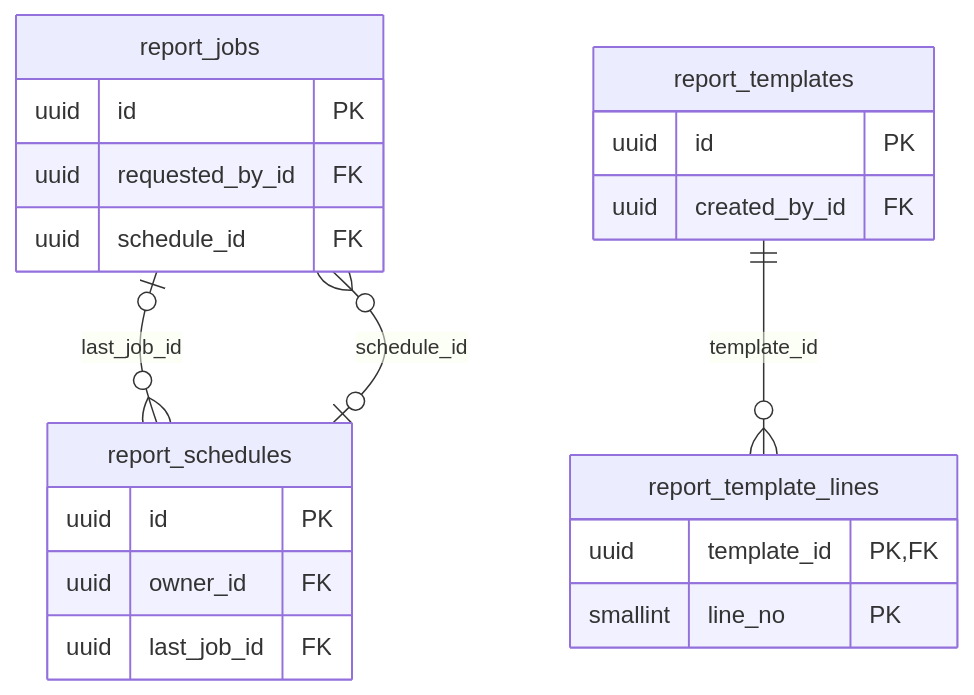
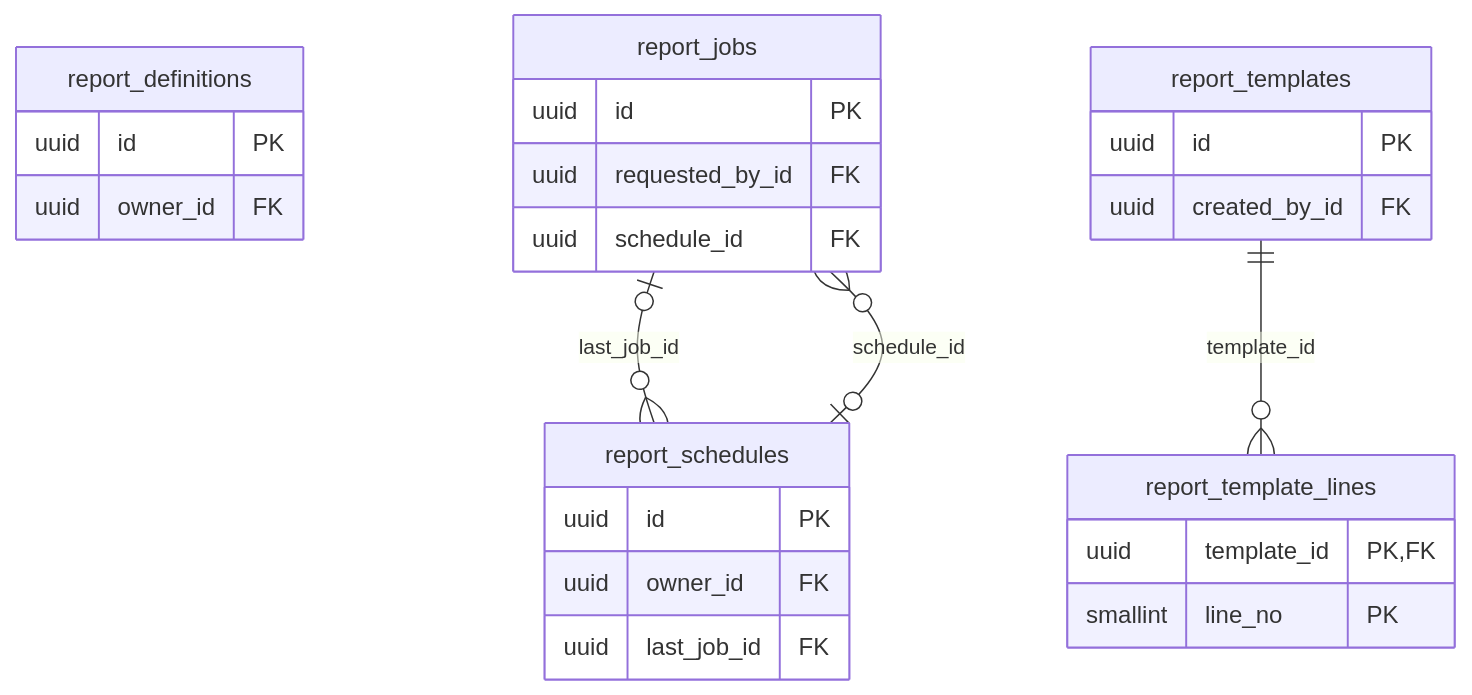
Diagram 11 of 15 in docs/04-data-model.md (Glenn74813/fas-mia), drawn with Mermaid before and after one commit. The commit also changed other lines of this file and 36 other files, not shown here.

````diff
--- a/docs/04-data-model.md
+++ b/docs/04-data-model.md
@@ -811,24 +856,28 @@
 ```mermaid
 erDiagram
+    report_definitions {
+        uuid id PK
+        uuid owner_id FK
+    }
     report_jobs {
         uuid id PK
         uuid requested_by_id FK
         uuid schedule_id FK
     }
     report_schedules {
         uuid id PK
         uuid owner_id FK
         uuid last_job_id FK
     }
     report_template_lines {
         uuid template_id PK,FK
         smallint line_no PK
     }
     report_templates {
         uuid id PK
         uuid created_by_id FK
     }
     report_schedules |o--o{ report_jobs : "schedule_id"
     report_jobs |o--o{ report_schedules : "last_job_id"
     report_templates ||--o{ report_template_lines : "template_id"
 ```
````
